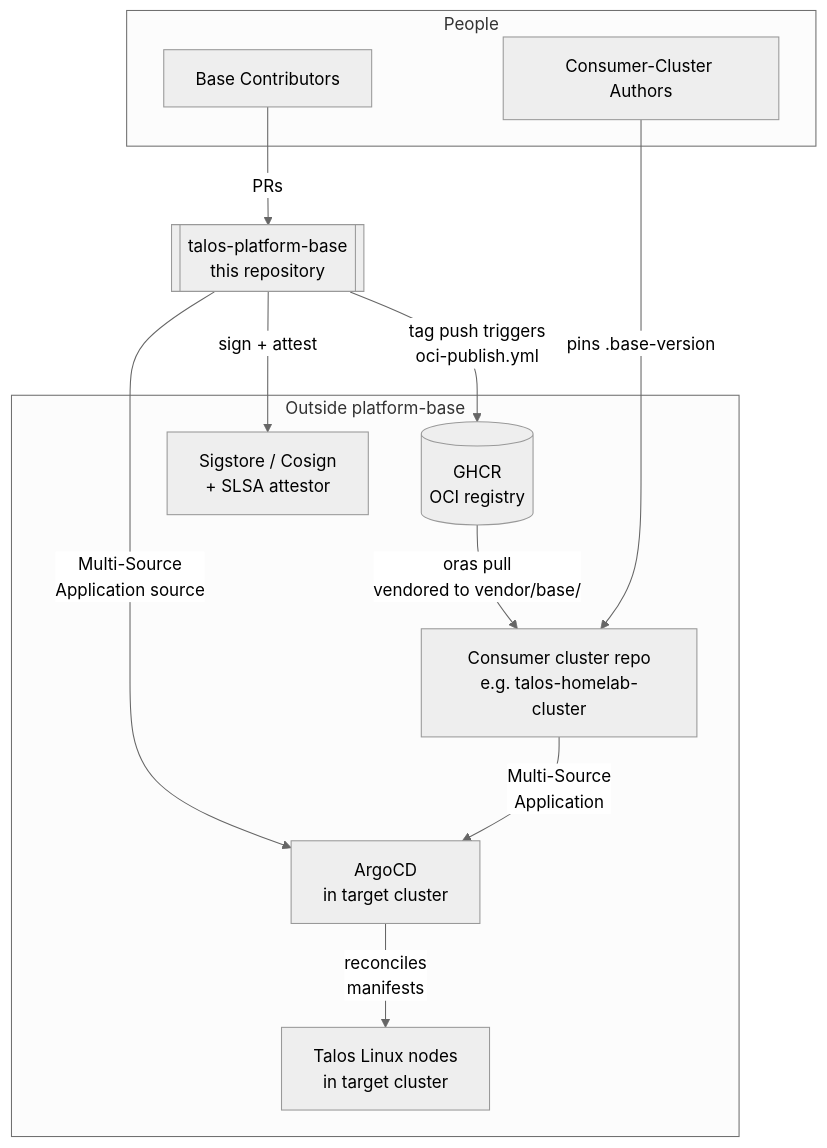
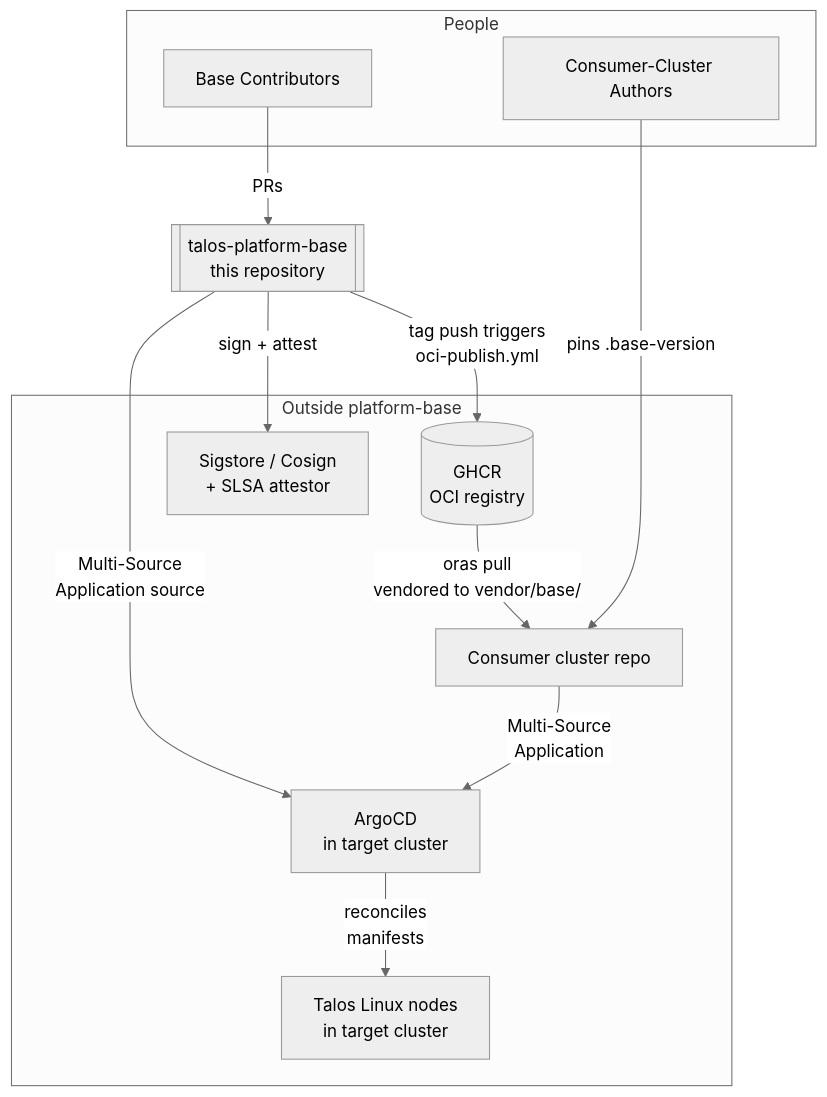
Before and after one commit to Nosmoht/talos-platform-base: the first of 4 diagrams in ARCHITECTURE.md, drawn with Mermaid. The commit also changed 5 other files, not shown here.

````diff
--- a/ARCHITECTURE.md
+++ b/ARCHITECTURE.md
@@ -17,27 +17,27 @@
 ```mermaid
 %%{init: { "theme": "neutral" } }%%
 flowchart TB
   subgraph Authors["People"]
     BC[Base Contributors]
     CC[Consumer-Cluster Authors]
   end
 
   subgraph Outside["Outside platform-base"]
     GHCR[(GHCR<br/>OCI registry)]
     SBX[Sigstore / Cosign<br/>+ SLSA attestor]
     ArgoCD[ArgoCD<br/>in target cluster]
     Talos[Talos Linux nodes<br/>in target cluster]
-    Cons[Consumer cluster repo<br/>e.g. talos-homelab-cluster]
+    Cons[Consumer cluster repo]
   end
 
   Base[[talos-platform-base<br/>this repository]]
 
   BC -->|PRs| Base
   Base -->|"tag push triggers<br/>oci-publish.yml"| GHCR
   Base -->|sign + attest| SBX
   GHCR -->|"oras pull<br/>vendored to vendor/base/"| Cons
   CC -->|"pins .base-version"| Cons
   Cons -->|"Multi-Source<br/>Application"| ArgoCD
   Base -->|"Multi-Source<br/>Application source"| ArgoCD
   ArgoCD -->|"reconciles<br/>manifests"| Talos
 ```
````
